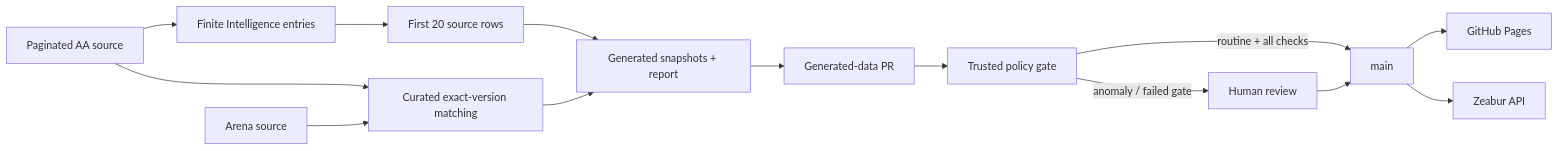
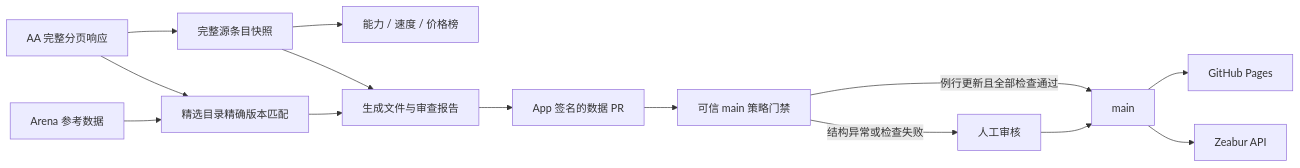
One commit to joker01-01/ai-model-leaderboard changed the diagram in README.md. Above: the diagram before and after it, drawn with Mermaid. The commit also changed other lines of this file and 88 other files, not shown here.

````diff
--- a/README.md
+++ b/README.md
@@ -48,24 +58,25 @@
 ```mermaid
 flowchart LR
-  aa[Paginated AA source]
-  arena[Arena source]
-  public[Finite Intelligence entries]
-  top[First 20 source rows]
-  match[Curated exact-version matching]
-  generated[Generated snapshots + report]
-  pr[Generated-data PR]
-  gate[Trusted policy gate]
-  human[Human review]
+  aa[AA 完整分页响应]
+  full[完整源条目快照]
+  public[能力 / 速度 / 价格榜]
+  curated[精选目录精确版本匹配]
+  arena[Arena 参考数据]
+  generated[生成文件与审查报告]
+  pr[App 签名的数据 PR]
+  gate[可信 main 策略门禁]
+  human[人工审核]
   main[main]
   pages[GitHub Pages]
   api[Zeabur API]
 
-  aa --> public --> top --> generated
-  aa --> match
-  arena --> match --> generated
-  generated --> pr --> gate
-  gate -->|routine + all checks| main
-  gate -->|anomaly / failed gate| human --> main
+  aa --> full --> public
+  aa --> curated
+  arena --> curated
+  full --> generated
+  curated --> generated --> pr --> gate
+  gate -->|例行更新且全部检查通过| main
+  gate -->|结构异常或检查失败| human --> main
   main --> pages
   main --> api
 ```
````
